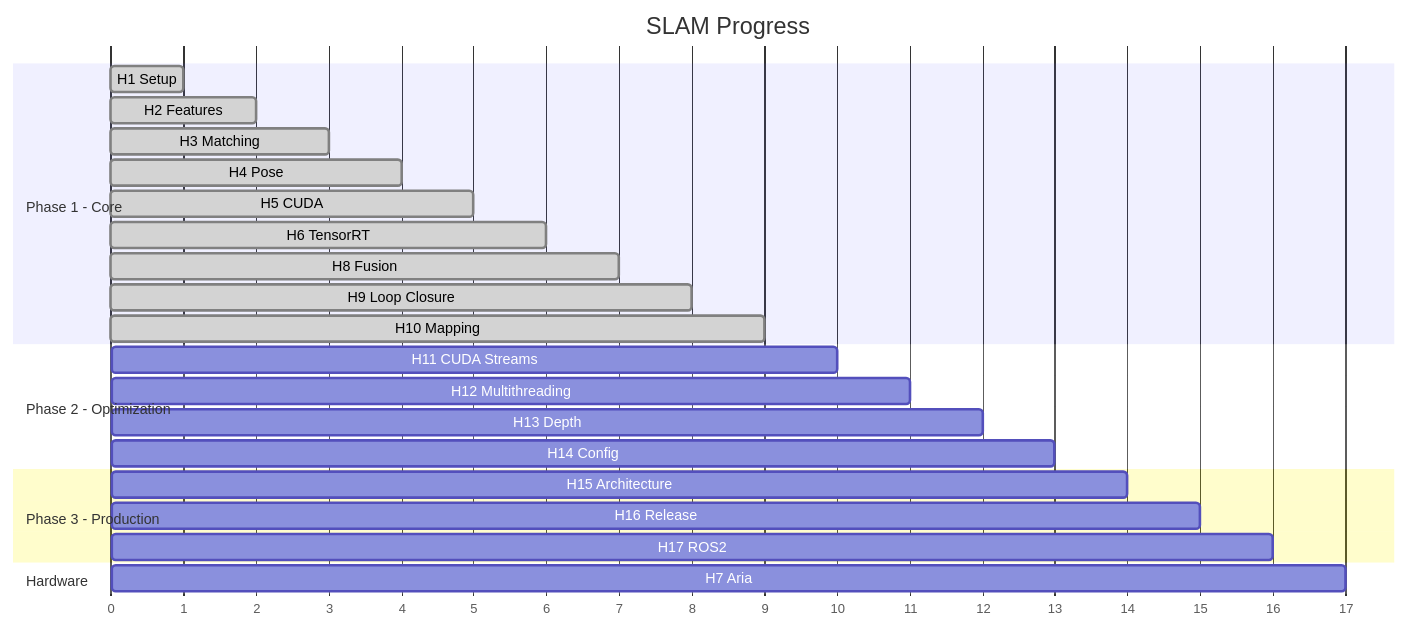
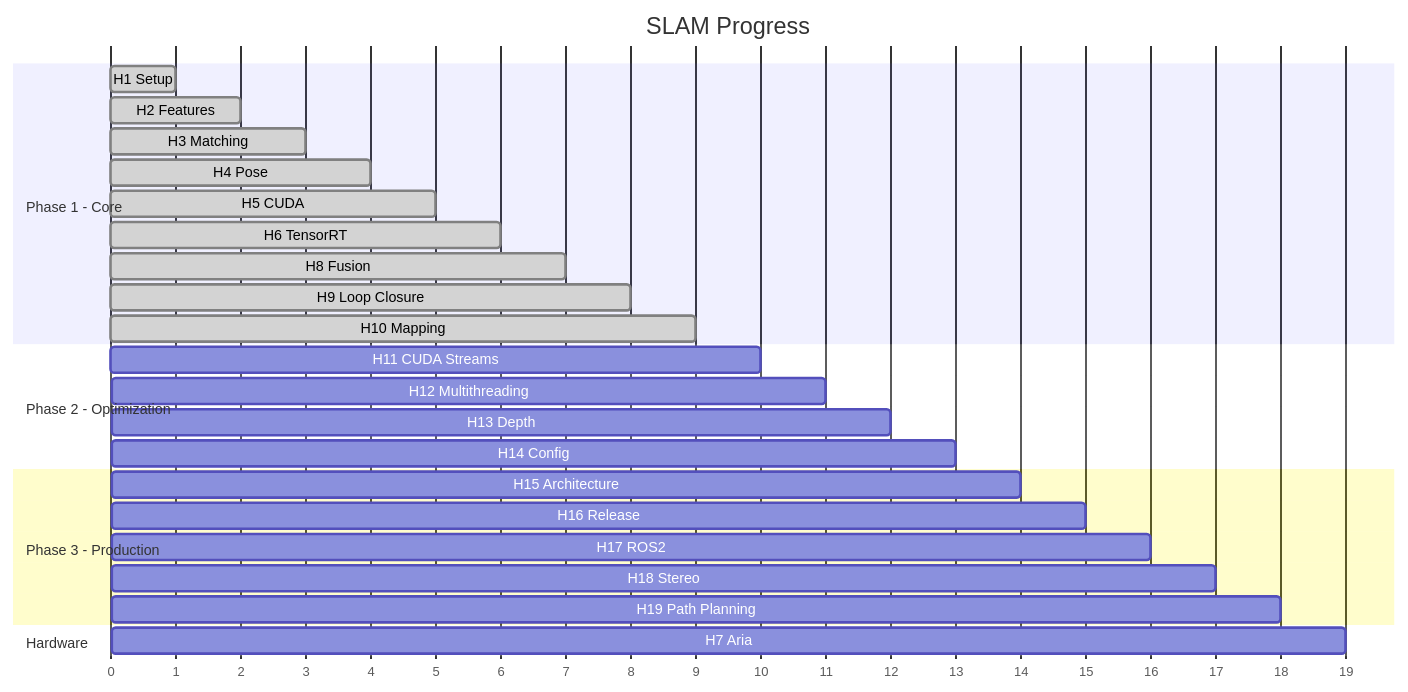
One commit to robertteleng/aria-slam changed the tenth of 10 diagrams in README.md. Above: the diagram before and after it, drawn with Mermaid. The commit also changed other lines of this file, not shown here.

Commit message:
docs: add glossary section and fix Mermaid syntax

````diff
--- a/README.md
+++ b/README.md
@@ -530,31 +459,33 @@
 ```mermaid
 gantt
     title SLAM Progress
     dateFormat X
     axisFormat %s
 
     section Phase 1 - Core
     H1 Setup           :done, h1, 0, 1
     H2 Features        :done, h2, 1, 2
     H3 Matching        :done, h3, 2, 3
     H4 Pose            :done, h4, 3, 4
     H5 CUDA            :done, h5, 4, 5
     H6 TensorRT        :done, h6, 5, 6
     H8 Fusion          :done, h8, 6, 7
     H9 Loop Closure    :done, h9, 7, 8
     H10 Mapping        :done, h10, 8, 9
 
     section Phase 2 - Optimization
     H11 CUDA Streams   :h11, 9, 10
     H12 Multithreading :h12, 10, 11
     H13 Depth          :h13, 11, 12
     H14 Config         :h14, 12, 13
 
     section Phase 3 - Production
     H15 Architecture   :h15, 13, 14
     H16 Release        :h16, 14, 15
     H17 ROS2           :h17, 15, 16
+    H18 Stereo         :h18, 16, 17
+    H19 Path Planning  :h19, 17, 18
 
     section Hardware
-    H7 Aria            :h7, 16, 17
+    H7 Aria            :h7, 18, 19
 ```
````
